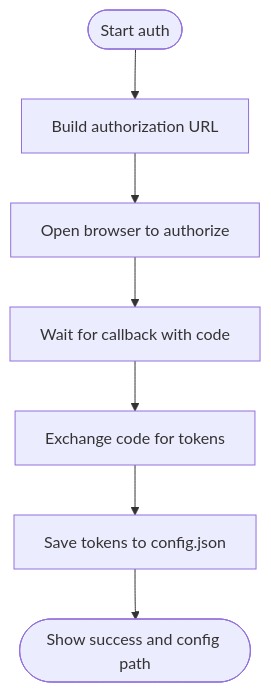
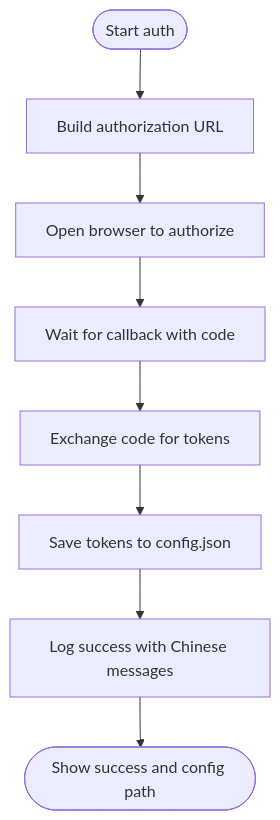
One commit to yuexiaoliang/baiduwangpan-manager changed the fourth of 7 diagrams in .qoder/repowiki/en/content/Authentication System/Token Management and Persistence.md. Above: the diagram before and after it, drawn with Mermaid. The commit also changed other lines of this file and 30 other files, not shown here.

````diff
--- a/.qoder/repowiki/en/content/Authentication System/Token Management and Persistence.md
+++ b/.qoder/repowiki/en/content/Authentication System/Token Management and Persistence.md
@@ -167,9 +243,10 @@
 ```mermaid
 flowchart TD
 Start(["Start auth"]) --> BuildURL["Build authorization URL"]
 BuildURL --> OpenBrowser["Open browser to authorize"]
 OpenBrowser --> WaitCode["Wait for callback with code"]
 WaitCode --> Exchange["Exchange code for tokens"]
 Exchange --> SaveCfg["Save tokens to config.json"]
-SaveCfg --> Done(["Show success and config path"])
+SaveCfg --> LogSuccess["Log success with Chinese messages"]
+LogSuccess --> Done(["Show success and config path"])
 ```
````
